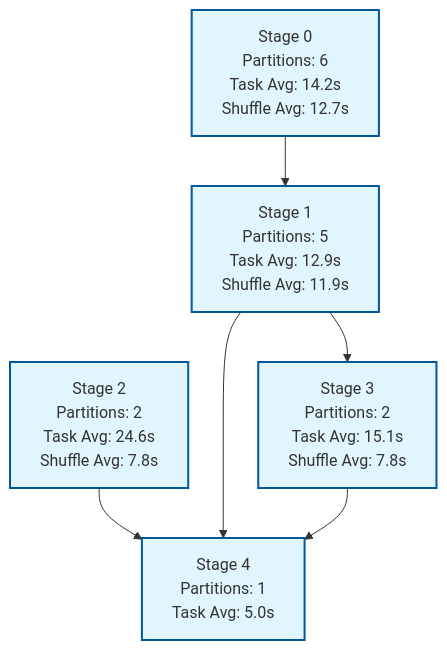
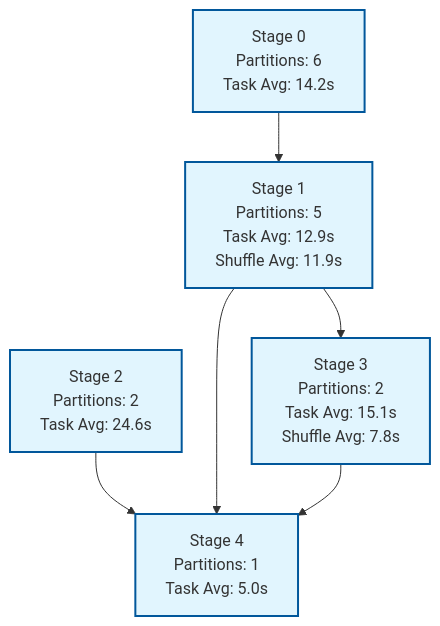
The diagram in examples/generated/run5/README.md (fhalde/fauxspark), drawn with Mermaid before and after one commit. The commit also changed 4 other files, not shown here.

````diff
--- a/examples/generated/run5/README.md
+++ b/examples/generated/run5/README.md
@@ -9,11 +9,11 @@
 ```mermaid
 graph TD
-    Stage0["Stage 0<br/>Partitions: 6<br/>Task Avg: 14.2s<br/>Shuffle Avg: 12.7s"] --> Stage1["Stage 1<br/>Partitions: 5<br/>Task Avg: 12.9s<br/>Shuffle Avg: 11.9s"]
-    Stage2["Stage 2<br/>Partitions: 2<br/>Task Avg: 24.6s<br/>Shuffle Avg: 7.8s"] --> Stage4["Stage 4<br/>Partitions: 1<br/>Task Avg: 5.0s"]
+    Stage0["Stage 0<br/>Partitions: 6<br/>Task Avg: 14.2s"] --> Stage1["Stage 1<br/>Partitions: 5<br/>Task Avg: 12.9s<br/>Shuffle Avg: 11.9s"]
+    Stage2["Stage 2<br/>Partitions: 2<br/>Task Avg: 24.6s"] --> Stage4["Stage 4<br/>Partitions: 1<br/>Task Avg: 5.0s"]
     Stage1 --> Stage3["Stage 3<br/>Partitions: 2<br/>Task Avg: 15.1s<br/>Shuffle Avg: 7.8s"]
     Stage1 --> Stage4
     Stage3 --> Stage4
 
     classDef stageBox fill:#e1f5fe,stroke:#01579b,stroke-width:2px
     class Stage0,Stage1,Stage2,Stage3,Stage4 stageBox
 ```
````
